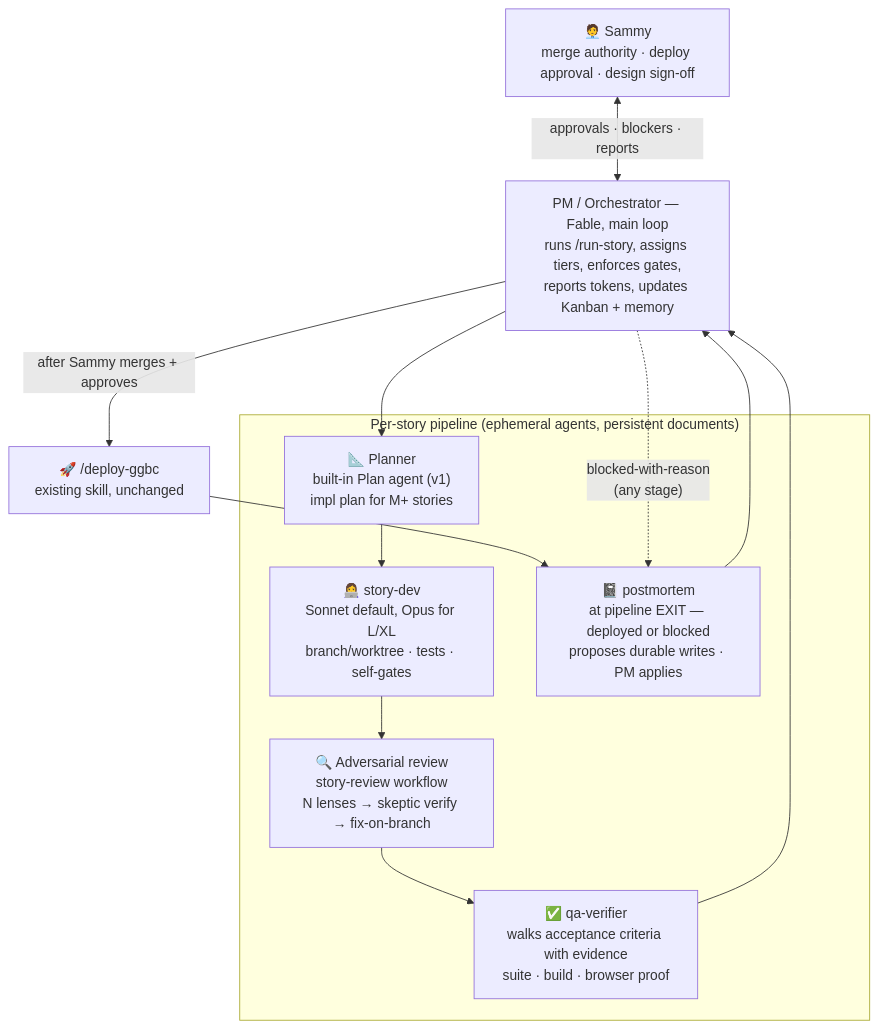
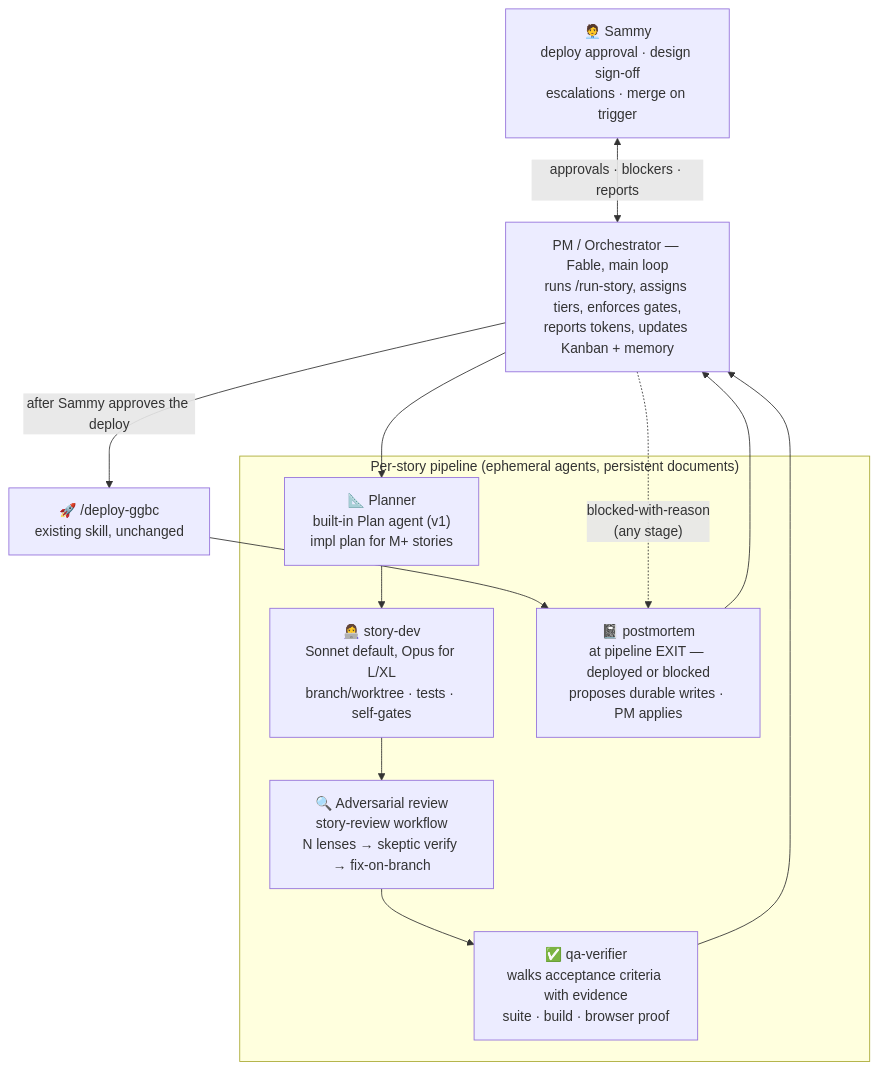
Before and after one commit to sammygallo/goodgirlsbotclub: the diagram in docs/agent-team.md, drawn with Mermaid. The commit also changed other lines of this file and 2 other files, not shown here.

First line of the commit message:
Delegate merge authority to the pipeline, keep deploy gated (D2) (#488)

````diff
--- a/docs/agent-team.md
+++ b/docs/agent-team.md
@@ -23,20 +23,20 @@
 ```mermaid
 flowchart TB
-    SAMMY["🧑‍💼 Sammy<br/>merge authority · deploy approval · design sign-off"]
+    SAMMY["🧑‍💼 Sammy<br/>deploy approval · design sign-off<br/>escalations · merge on trigger"]
     PM["PM / Orchestrator — Fable, main loop<br/>runs /run-story, assigns tiers, enforces gates,<br/>reports tokens, updates Kanban + memory"]
 
     SAMMY <-->|"approvals · blockers · reports"| PM
 
     subgraph PIPELINE["Per-story pipeline (ephemeral agents, persistent documents)"]
         PLAN["📐 Planner<br/>built-in Plan agent (v1)<br/>impl plan for M+ stories"]
         DEV["👩‍💻 story-dev<br/>Sonnet default, Opus for L/XL<br/>branch/worktree · tests · self-gates"]
         REV["🔍 Adversarial review<br/>story-review workflow<br/>N lenses → skeptic verify → fix-on-branch"]
         QA["✅ qa-verifier<br/>walks acceptance criteria with evidence<br/>suite · build · browser proof"]
         PMORT["📓 postmortem<br/>at pipeline EXIT — deployed or blocked<br/>proposes durable writes · PM applies"]
     end
 
     PM --> PLAN --> DEV --> REV --> QA --> PM
-    PM -->|"after Sammy merges + approves"| DEPLOY["🚀 /deploy-ggbc<br/>existing skill, unchanged"]
+    PM -->|"after Sammy approves the deploy"| DEPLOY["🚀 /deploy-ggbc<br/>existing skill, unchanged"]
     DEPLOY --> PMORT --> PM
     PM -.->|"blocked-with-reason<br/>(any stage)"| PMORT
 ```
````
